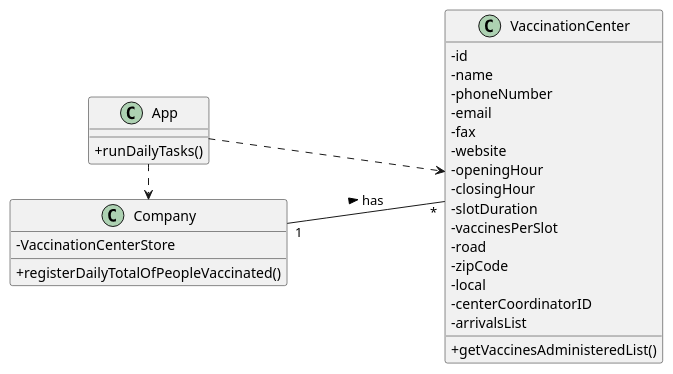
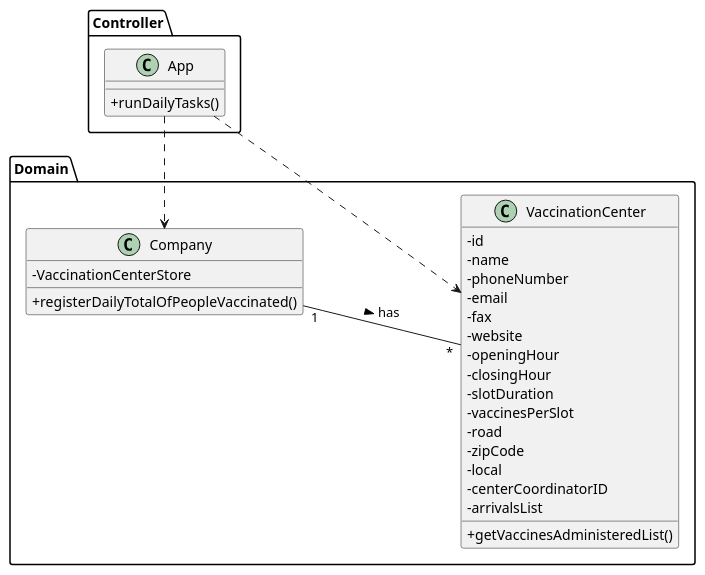
One commit to Pirussa/lei-22-s2-1da-g02 changed the diagram in docs/SprintD/US006/US006_CD.puml. Above: the diagram before and after it, drawn with PlantUML. The commit also changed 3 other files, not shown here.

```diff
--- a/docs/SprintD/US006/US006_CD.puml
+++ b/docs/SprintD/US006/US006_CD.puml
@@ -1,43 +1,44 @@
 @startuml
 'https://plantuml.com/class-diagram
 
 skinparam classAttributeIconSize 0
 
-
+package Controller {
 class App{
 +runDailyTasks()
 }
-
+}
+package Domain {
 class VaccinationCenter{
 -id
 -name
 -phoneNumber
 -email
 -fax
 -website
 -openingHour
 -closingHour
 -slotDuration
 -vaccinesPerSlot
 -road
 -zipCode
 -local
 -centerCoordinatorID
 -arrivalsList
 +getVaccinesAdministeredList()
 }
 
 
 class Company{
 -VaccinationCenterStore
 +registerDailyTotalOfPeopleVaccinated()
 }
-
+}
 
 left to right direction
 
 
 App .r.> Company
 App .>VaccinationCenter
 Company"1" --- "*"VaccinationCenter: > has
 @enduml
```
